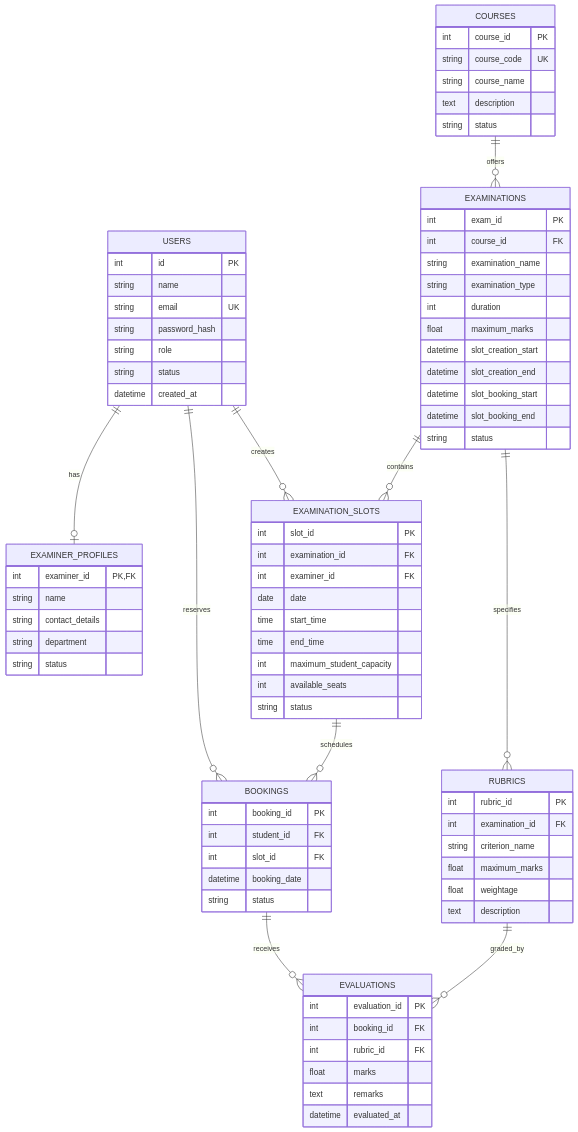
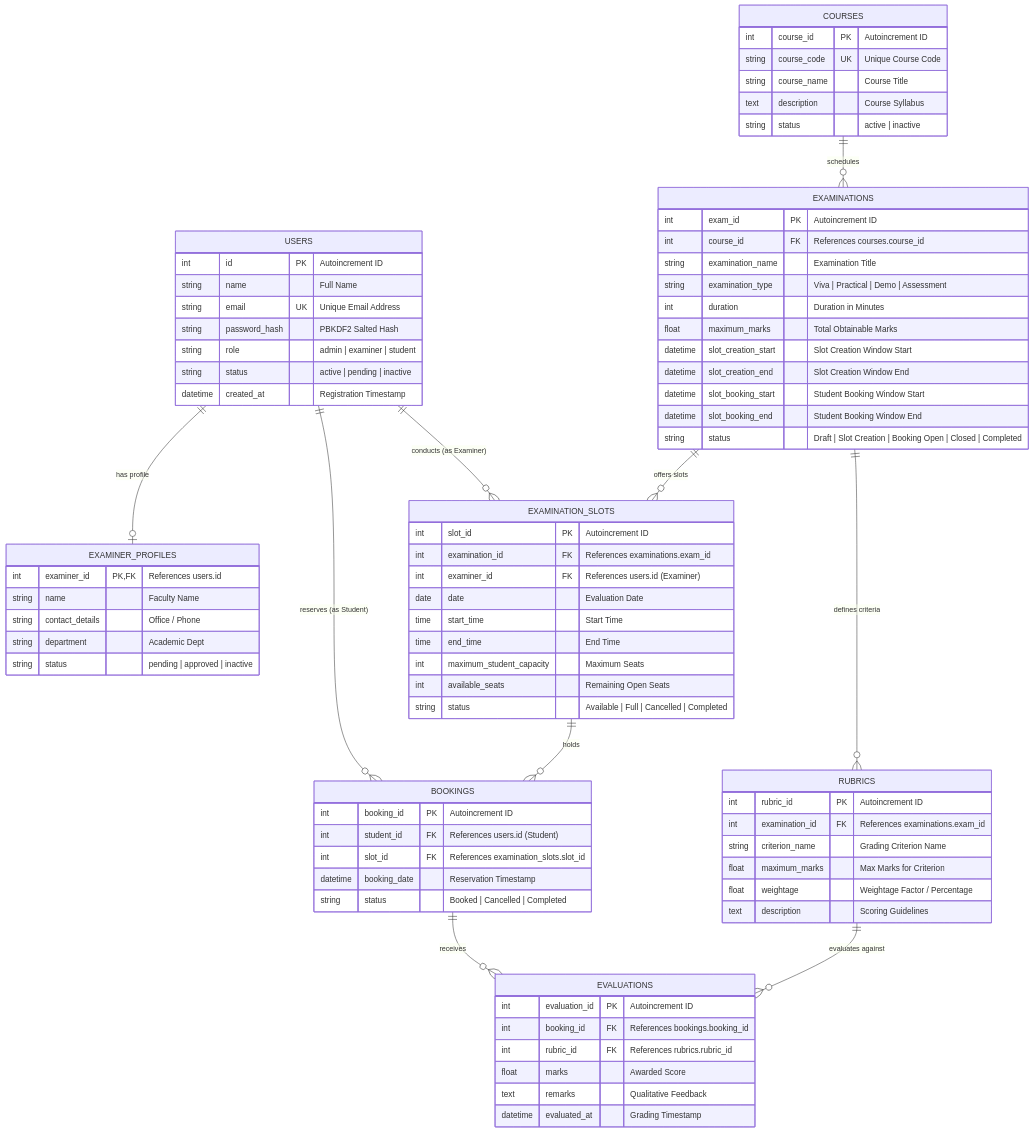
The diagram in README.md (agarwalganesh/Exam-portal-IITM), drawn with Mermaid before and after one commit. The commit also changed other lines of this file and 31 other files, not shown here.

````diff
--- a/README.md
+++ b/README.md
@@ -86,90 +268,90 @@
 ```mermaid
 erDiagram
-    USERS ||--o| EXAMINER_PROFILES : has
-    USERS ||--o{ EXAMINATION_SLOTS : creates
-    USERS ||--o{ BOOKINGS : reserves
-    COURSES ||--o{ EXAMINATIONS : offers
-    EXAMINATIONS ||--o{ RUBRICS : specifies
-    EXAMINATIONS ||--o{ EXAMINATION_SLOTS : contains
-    EXAMINATION_SLOTS ||--o{ BOOKINGS : schedules
-    BOOKINGS ||--o{ EVALUATIONS : receives
-    RUBRICS ||--o{ EVALUATIONS : graded_by
+    USERS ||--o| EXAMINER_PROFILES : "has profile"
+    USERS ||--o{ EXAMINATION_SLOTS : "conducts (as Examiner)"
+    USERS ||--o{ BOOKINGS : "reserves (as Student)"
+    COURSES ||--o{ EXAMINATIONS : "schedules"
+    EXAMINATIONS ||--o{ RUBRICS : "defines criteria"
+    EXAMINATIONS ||--o{ EXAMINATION_SLOTS : "offers slots"
+    EXAMINATION_SLOTS ||--o{ BOOKINGS : "holds"
+    BOOKINGS ||--o{ EVALUATIONS : "receives"
+    RUBRICS ||--o{ EVALUATIONS : "evaluates against"
 
     USERS {
-        int id PK
-        string name
-        string email UK
-        string password_hash
-        string role
-        string status
-        datetime created_at
+        int id PK "Autoincrement ID"
+        string name "Full Name"
+        string email UK "Unique Email Address"
+        string password_hash "PBKDF2 Salted Hash"
+        string role "admin | examiner | student"
+        string status "active | pending | inactive"
+        datetime created_at "Registration Timestamp"
     }
 
     EXAMINER_PROFILES {
-        int examiner_id PK,FK
-        string name
-        string contact_details
-        string department
-        string status
+        int examiner_id PK,FK "References users.id"
+        string name "Faculty Name"
+        string contact_details "Office / Phone"
+        string department "Academic Dept"
+        string status "pending | approved | inactive"
     }
 
     COURSES {
-        int course_id PK
-        string course_code UK
-        string course_name
-        text description
-        string status
+        int course_id PK "Autoincrement ID"
+        string course_code UK "Unique Course Code"
+        string course_name "Course Title"
+        text description "Course Syllabus"
+        string status "active | inactive"
     }
 
     EXAMINATIONS {
-        int exam_id PK
-        int course_id FK
-        string examination_name
-        string examination_type
-        int duration
-        float maximum_marks
-        datetime slot_creation_start
-        datetime slot_creation_end
-        datetime slot_booking_start
-        datetime slot_booking_end
-        string status
+        int exam_id PK "Autoincrement ID"
+        int course_id FK "References courses.course_id"
+        string examination_name "Examination Title"
+        string examination_type "Viva | Practical | Demo | Assessment"
+        int duration "Duration in Minutes"
+        float maximum_marks "Total Obtainable Marks"
+        datetime slot_creation_start "Slot Creation Window Start"
+        datetime slot_creation_end "Slot Creation Window End"
+        datetime slot_booking_start "Student Booking Window Start"
+        datetime slot_booking_end "Student Booking Window End"
+        string status "Draft | Slot Creation | Booking Open | Closed | Completed"
     }
 
     RUBRICS {
-        int rubric_id PK
-        int examination_id FK
-        string criterion_name
-        float maximum_marks
-        float weightage
-        text description
+        int rubric_id PK "Autoincrement ID"
+        int examination_id FK "References examinations.exam_id"
+        string criterion_name "Grading Criterion Name"
+        float maximum_marks "Max Marks for Criterion"
+        float weightage "Weightage Factor / Percentage"
+        text description "Scoring Guidelines"
     }
 
     EXAMINATION_SLOTS {
-        int slot_id PK
-        int examination_id FK
-        int examiner_id FK
-        date date
-        time start_time
-        time end_time
-        int maximum_student_capacity
-        int available_seats
-        string status
+        int slot_id PK "Autoincrement ID"
+        int examination_id FK "References examinations.exam_id"
+        int examiner_id FK "References users.id (Examiner)"
+        date date "Evaluation Date"
+        time start_time "Start Time"
+        time end_time "End Time"
+        int maximum_student_capacity "Maximum Seats"
+        int available_seats "Remaining Open Seats"
+        string status "Available | Full | Cancelled | Completed"
     }
 
     BOOKINGS {
-        int booking_id PK
-        int student_id FK
-        int slot_id FK
-        datetime booking_date
-        string status
+        int booking_id PK "Autoincrement ID"
+        int student_id FK "References users.id (Student)"
+        int slot_id FK "References examination_slots.slot_id"
+        datetime booking_date "Reservation Timestamp"
+        string status "Booked | Cancelled | Completed"
     }
 
     EVALUATIONS {
-        int evaluation_id PK
-        int booking_id FK
-        int rubric_id FK
-        float marks
-        text remarks
-        datetime evaluated_at
+        int evaluation_id PK "Autoincrement ID"
+        int booking_id FK "References bookings.booking_id"
+        int rubric_id FK "References rubrics.rubric_id"
+        float marks "Awarded Score"
+        text remarks "Qualitative Feedback"
+        datetime evaluated_at "Grading Timestamp"
     }
 ```
````
